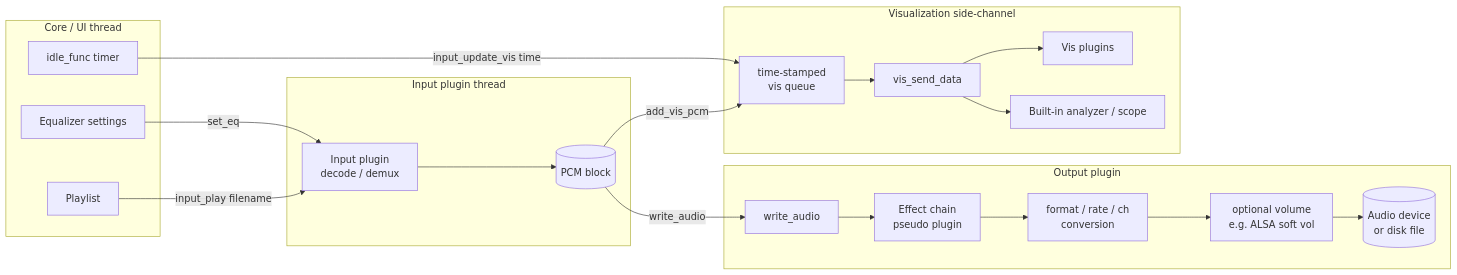
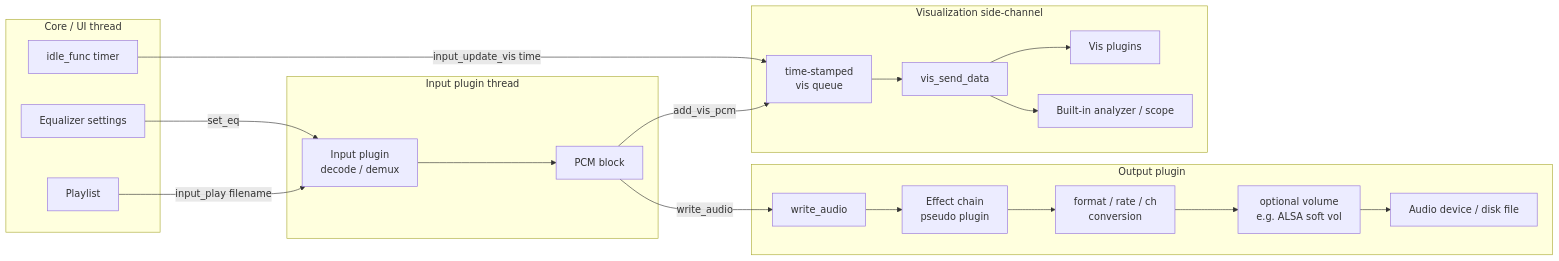
Before and after one commit to tuunanet/xmms-gtk4-experimental: the first of 10 diagrams in docs/architecture/processing-pipeline.md, drawn with Mermaid. The commit also changed other lines of this file and 5 other files, not shown here.

First line of the commit message:
Fix GitHub Mermaid parse errors in architecture diagrams

````diff
--- a/docs/architecture/processing-pipeline.md
+++ b/docs/architecture/processing-pipeline.md
@@ -27,38 +27,38 @@
 ```mermaid
 flowchart LR
     subgraph UI["Core / UI thread"]
         PL[Playlist]
         EQ[Equalizer settings]
         IDLE[idle_func timer]
     end
 
     subgraph Decode["Input plugin thread"]
         IP[Input plugin<br/>decode / demux]
-        PCM[(PCM block)]
+        PCM["PCM block"]
     end
 
     subgraph Out["Output plugin"]
         WR[write_audio]
         EP[Effect chain<br/>pseudo plugin]
         CVT[format / rate / ch<br/>conversion]
         VOL[optional volume<br/>e.g. ALSA soft vol]
-        HW[(Audio device<br/>or disk file)]
+        HW["Audio device / disk file"]
     end
 
     subgraph Vis["Visualization side-channel"]
         VQ[time-stamped<br/>vis queue]
         VS[vis_send_data]
         VP[Vis plugins]
         IV[Built-in analyzer / scope]
     end
 
     PL -->|input_play filename| IP
     EQ -->|set_eq| IP
     IP --> PCM
     PCM -->|add_vis_pcm| VQ
     PCM -->|write_audio| WR
     WR --> EP --> CVT --> VOL --> HW
     IDLE -->|input_update_vis time| VQ
     VQ --> VS --> VP
     VS --> IV
 ```
````
